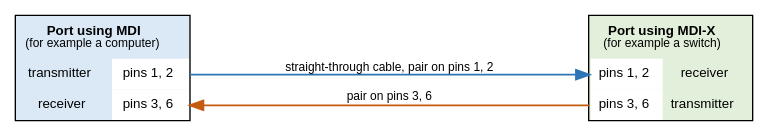
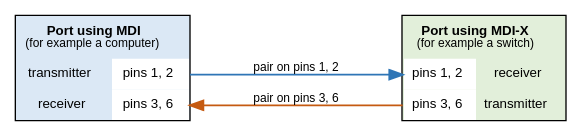
The diagram in docs/ethernet/magnetics/crossover.dot (mithro/evampire), drawn with Graphviz before and after one commit. The commit also changed 5 other files, not shown here.

Commit message:
Redraw magnetics diagrams to fit the page width; add capacitor-coupled front end

```diff
--- a/docs/ethernet/magnetics/crossover.dot
+++ b/docs/ethernet/magnetics/crossover.dot
@@ -1,29 +1,29 @@
 // MDI and MDI-X at 10 and 100 Mbit/s: a straight-through cable joins the
 // transmitter at one end to the receiver at the other only when one end
 // uses the MDI assignment and the other end uses MDI-X.
 //
 // SPDX-License-Identifier: Apache-2.0
 
 digraph crossover {
     graph [rankdir=LR, fontname="Helvetica", fontsize=11, nodesep=0.3,
-           ranksep=1.6];
+           ranksep=1.15];
     node  [fontname="Helvetica", fontsize=10, shape=plain];
     edge  [fontname="Helvetica", fontsize=9, penwidth=1.4];
 
     left [label=<
       <table border="1" cellborder="0" cellspacing="0" cellpadding="6" bgcolor="#dbe8f5">
         <tr><td colspan="2"><b>Port using MDI</b><br/><font point-size="9">(for example a computer)</font></td></tr>
         <tr><td>transmitter</td><td port="t" bgcolor="#ffffff">pins 1, 2</td></tr>
         <tr><td>receiver</td><td port="r" bgcolor="#ffffff">pins 3, 6</td></tr>
       </table>>];
 
     right [label=<
       <table border="1" cellborder="0" cellspacing="0" cellpadding="6" bgcolor="#e2efda">
         <tr><td colspan="2"><b>Port using MDI-X</b><br/><font point-size="9">(for example a switch)</font></td></tr>
         <tr><td port="r" bgcolor="#ffffff">pins 1, 2</td><td>receiver</td></tr>
         <tr><td port="t" bgcolor="#ffffff">pins 3, 6</td><td>transmitter</td></tr>
       </table>>];
 
-    left:t  -> right:r [label="straight-through cable, pair on pins 1, 2", color="#2e75b6"];
+    left:t  -> right:r [label="pair on pins 1, 2", color="#2e75b6"];
     left:r  -> right:t [dir=back, label="pair on pins 3, 6", color="#c55a11"];
 }
```
